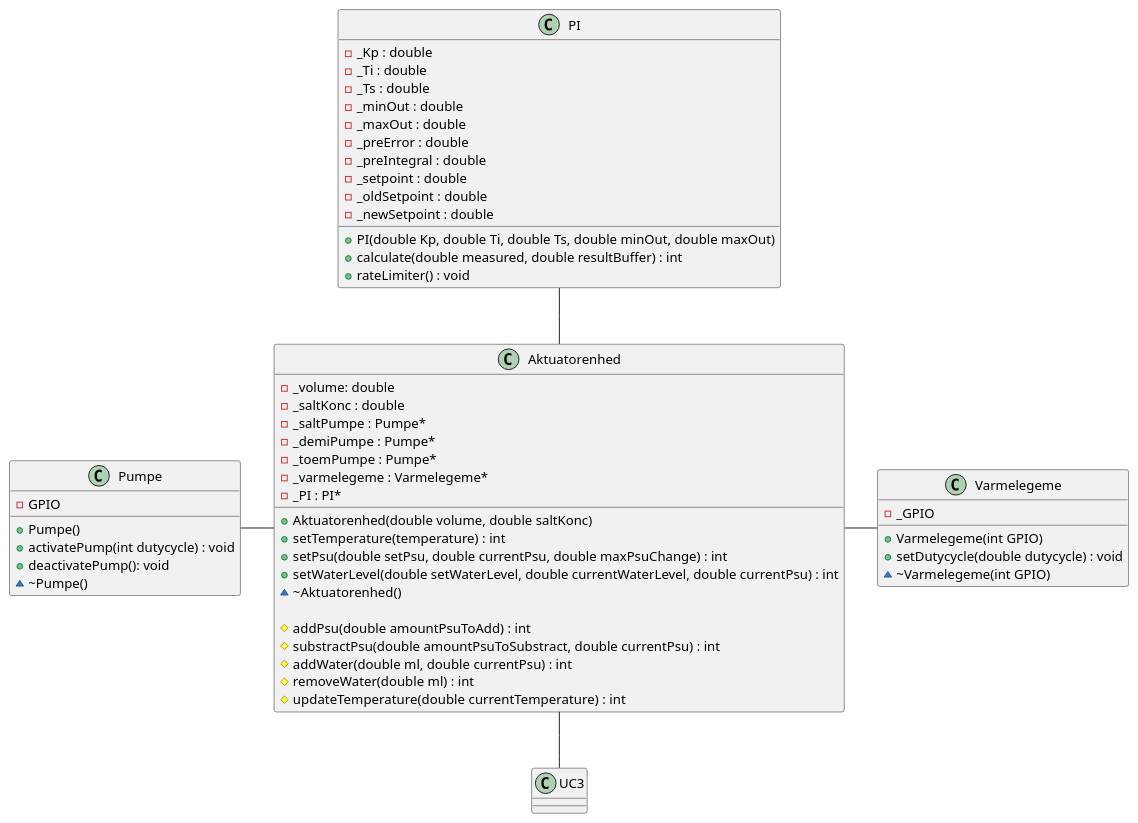
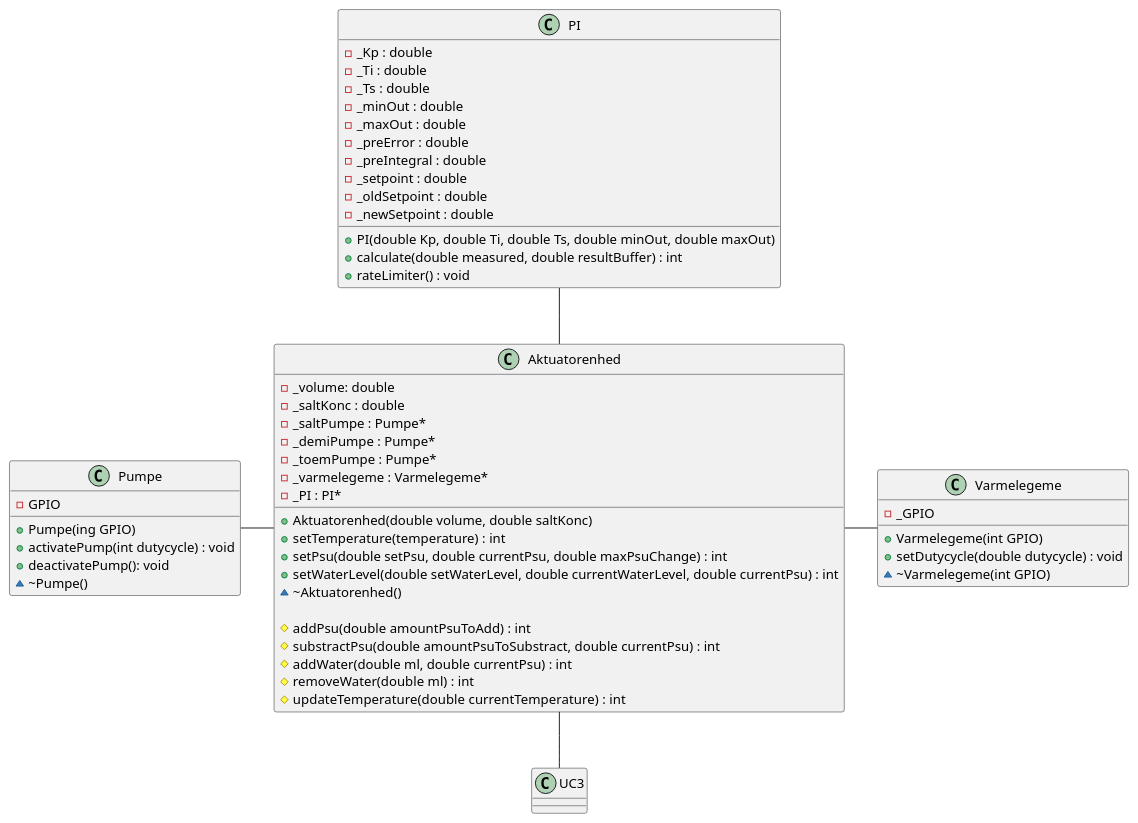
Before and after one commit to Solvgraa-mager/E4PRJ4: the diagram in Design/Akutuator enhed/Software/AE_Klassediagram/AE_Klassediagram.puml, drawn with PlantUML. The commit also changed 13 other files, not shown here.

```diff
--- a/Design/Akutuator enhed/Software/AE_Klassediagram/AE_Klassediagram.puml
+++ b/Design/Akutuator enhed/Software/AE_Klassediagram/AE_Klassediagram.puml
@@ -1,72 +1,72 @@
 @startuml AE_Klaseediagram
 class "Aktuatorenhed" as a
 {
     - _volume: double
     - _saltKonc : double
     - _saltPumpe : Pumpe*
     - _demiPumpe : Pumpe*
     - _toemPumpe : Pumpe*
     - _varmelegeme : Varmelegeme*
     - _PI : PI*
 
     + Aktuatorenhed(double volume, double saltKonc)
     + setTemperature(temperature) : int 
     + setPsu(double setPsu, double currentPsu, double maxPsuChange) : int 
     + setWaterLevel(double setWaterLevel, double currentWaterLevel, double currentPsu) : int   
     ~ ~Aktuatorenhed()
 
     # addPsu(double amountPsuToAdd) : int 
     # substractPsu(double amountPsuToSubstract, double currentPsu) : int
     # addWater(double ml, double currentPsu) : int
     # removeWater(double ml) : int 
     # updateTemperature(double currentTemperature) : int
 }
+
 class "Varmelegeme" as v
 {
     -_GPIO
+    
     +Varmelegeme(int GPIO)
     +setDutycycle(double dutycycle) : void
     ~ ~Varmelegeme(int GPIO)
+}
 
-
-
-}
 class "Pumpe" as p
 {
     -GPIO
 
-    +Pumpe()
+    +Pumpe(ing GPIO)
     +activatePump(int dutycycle) : void
     +deactivatePump(): void
      ~ ~Pumpe() 
 }
 
 class "PI" as pi
 {
     -_Kp : double
     -_Ti : double
     -_Ts : double
     -_minOut : double
     -_maxOut : double
     -_preError : double
     -_preIntegral : double
     -_setpoint : double
     -_oldSetpoint : double
     -_newSetpoint : double
 
     + PI(double Kp, double Ti, double Ts, double minOut, double maxOut)
     + calculate(double measured, double resultBuffer) : int
     + rateLimiter() : void
 }
 
 
 class "UC3" as u
 
 pi -- a
 p - a
 a - v
 a -- u
 
 
 
 @enduml
```
